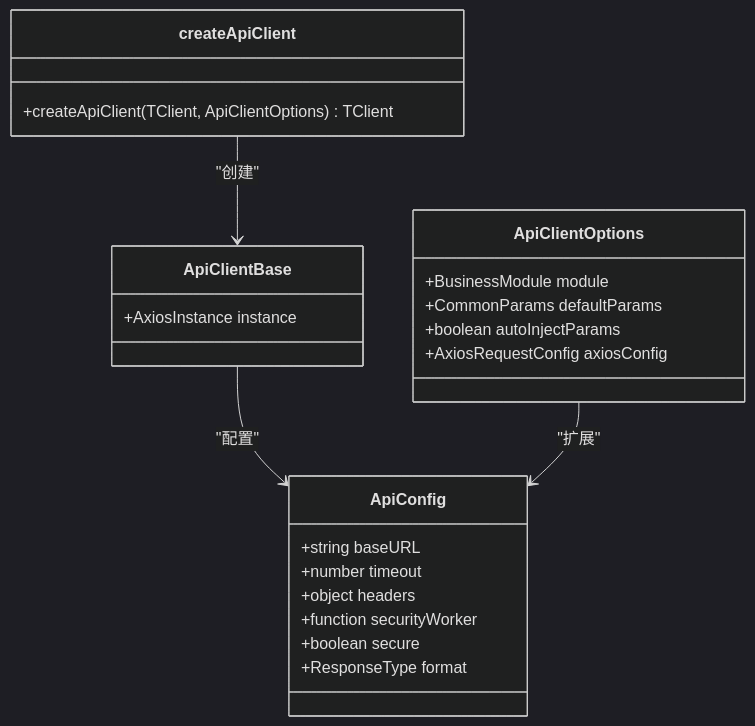
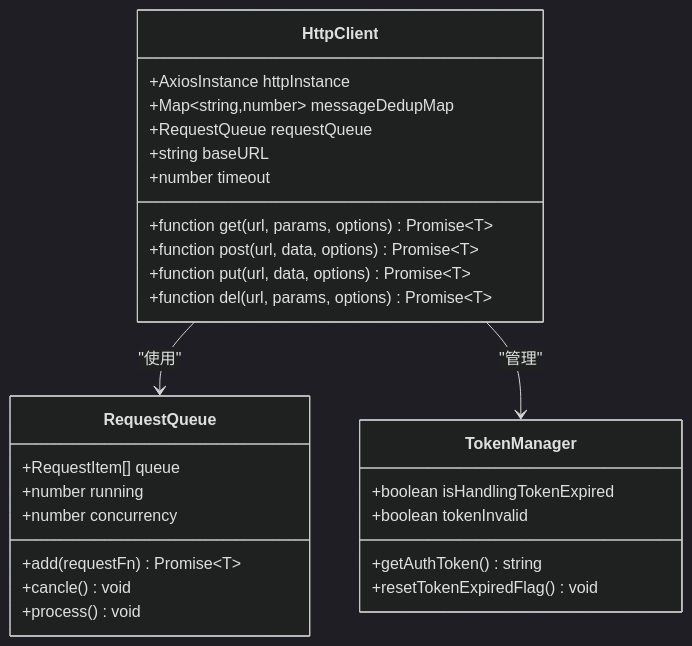
One commit to zhibo1997/government-dashboard changed the second of 14 diagrams in .qoder/repowiki/zh/content/API集成/API集成.md. Above: the diagram before and after it, drawn with Mermaid (dark theme). The commit also changed other lines of this file and 28 other files, not shown here.

````diff
--- a/.qoder/repowiki/zh/content/API集成/API集成.md
+++ b/.qoder/repowiki/zh/content/API集成/API集成.md
@@ -78,26 +84,30 @@
 ```mermaid
 classDiagram
-class ApiClientBase {
-+AxiosInstance instance
-}
-class ApiConfig {
+class HttpClient {
++AxiosInstance httpInstance
++Map~string,number~ messageDedupMap
++RequestQueue requestQueue
 +string baseURL
 +number timeout
-+object headers
-+function securityWorker
-+boolean secure
-+ResponseType format
++function get(url, params, options) Promise~T~
++function post(url, data, options) Promise~T~
++function put(url, data, options) Promise~T~
++function del(url, params, options) Promise~T~
 }
-class ApiClientOptions {
-+BusinessModule module
-+CommonParams defaultParams
-+boolean autoInjectParams
-+AxiosRequestConfig axiosConfig
+class RequestQueue {
++RequestItem[] queue
++number running
++number concurrency
++add(requestFn) Promise~T~
++cancle() void
++process() void
 }
-class createApiClient {
-+createApiClient(TClient, ApiClientOptions) TClient
+class TokenManager {
++boolean isHandlingTokenExpired
++boolean tokenInvalid
++getAuthToken() string
++resetTokenExpiredFlag() void
 }
-ApiClientBase --> ApiConfig : "配置"
-ApiClientOptions --> ApiConfig : "扩展"
-createApiClient --> ApiClientBase : "创建"
+HttpClient --> RequestQueue : "使用"
+HttpClient --> TokenManager : "管理"
 ```
````
